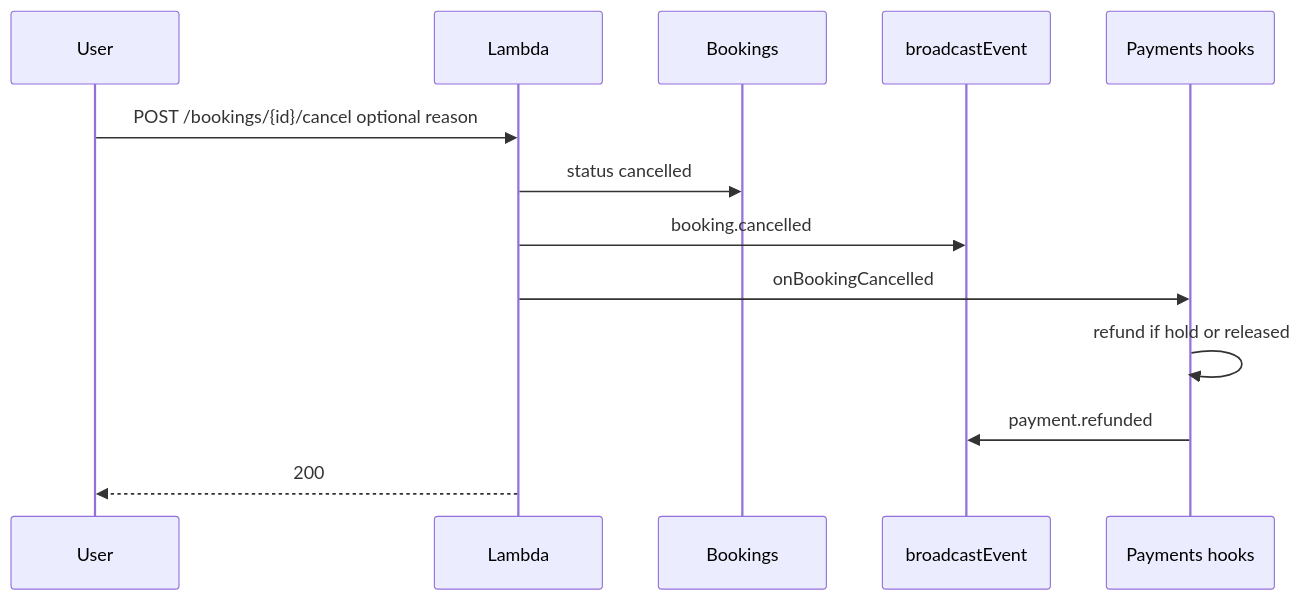
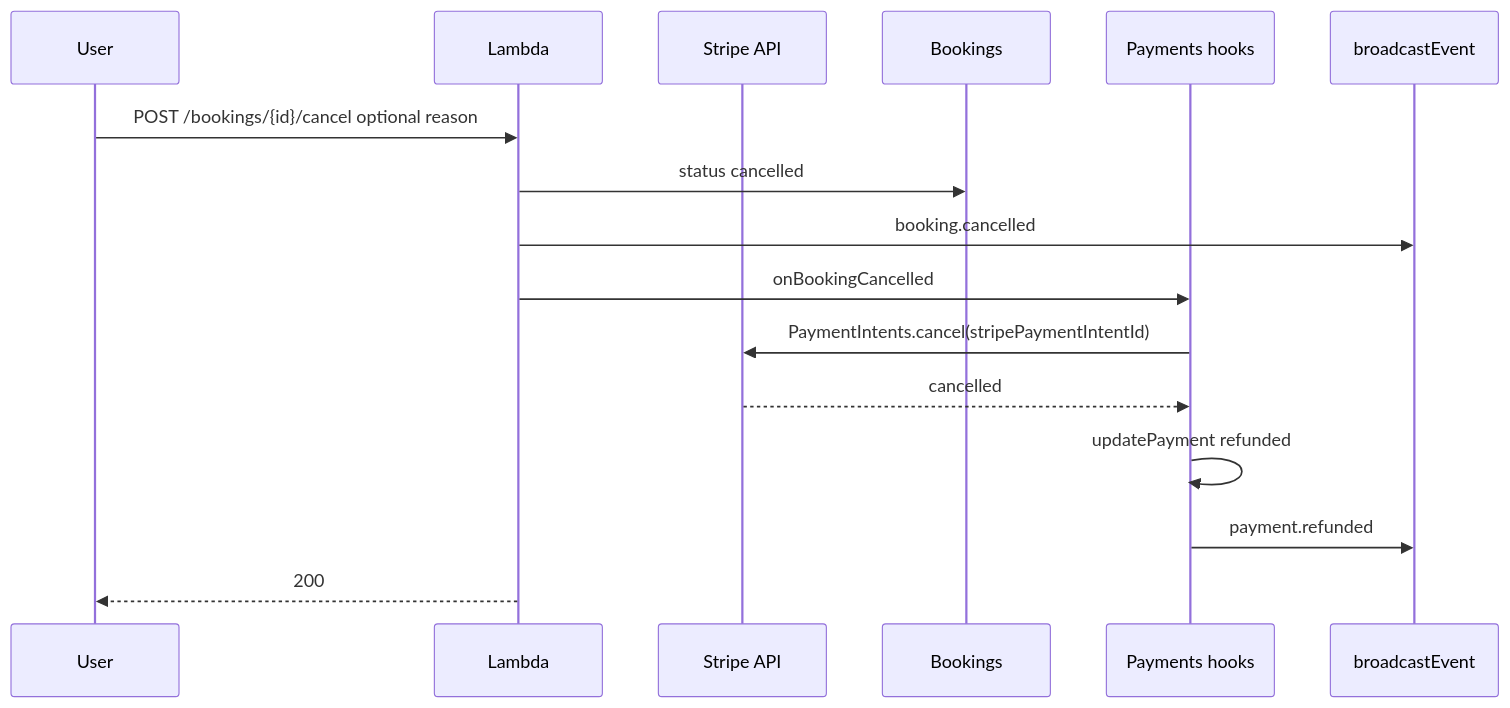
Before and after one commit to oukhali99/gig-demo: the third of 3 diagrams in docs/sequence-booking-payment.md, drawn with Mermaid. The commit also changed other lines of this file and 35 other files, not shown here.

Commit message:
Added stripe payment system

````diff
--- a/docs/sequence-booking-payment.md
+++ b/docs/sequence-booking-payment.md
@@ -58,16 +73,19 @@
 ```mermaid
 sequenceDiagram
   participant U as User
   participant L as Lambda
+  participant ST as Stripe API
   participant B as Bookings
+  participant P as Payments hooks
   participant E as broadcastEvent
-  participant P as Payments hooks
 
   U->>L: POST /bookings/{id}/cancel optional reason
   L->>B: status cancelled
   L->>E: booking.cancelled
   L->>P: onBookingCancelled
-  P->>P: refund if hold or released
+  P->>ST: PaymentIntents.cancel(stripePaymentIntentId)
+  ST-->>P: cancelled
+  P->>P: updatePayment refunded
   P->>E: payment.refunded
   L-->>U: 200
 ```
````
